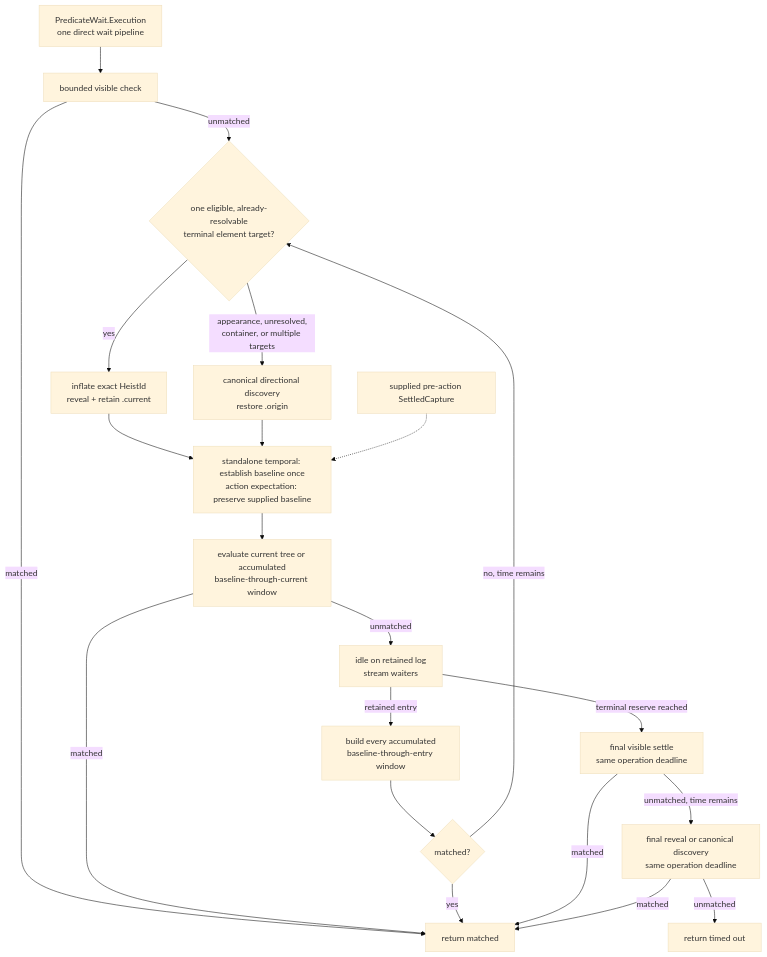
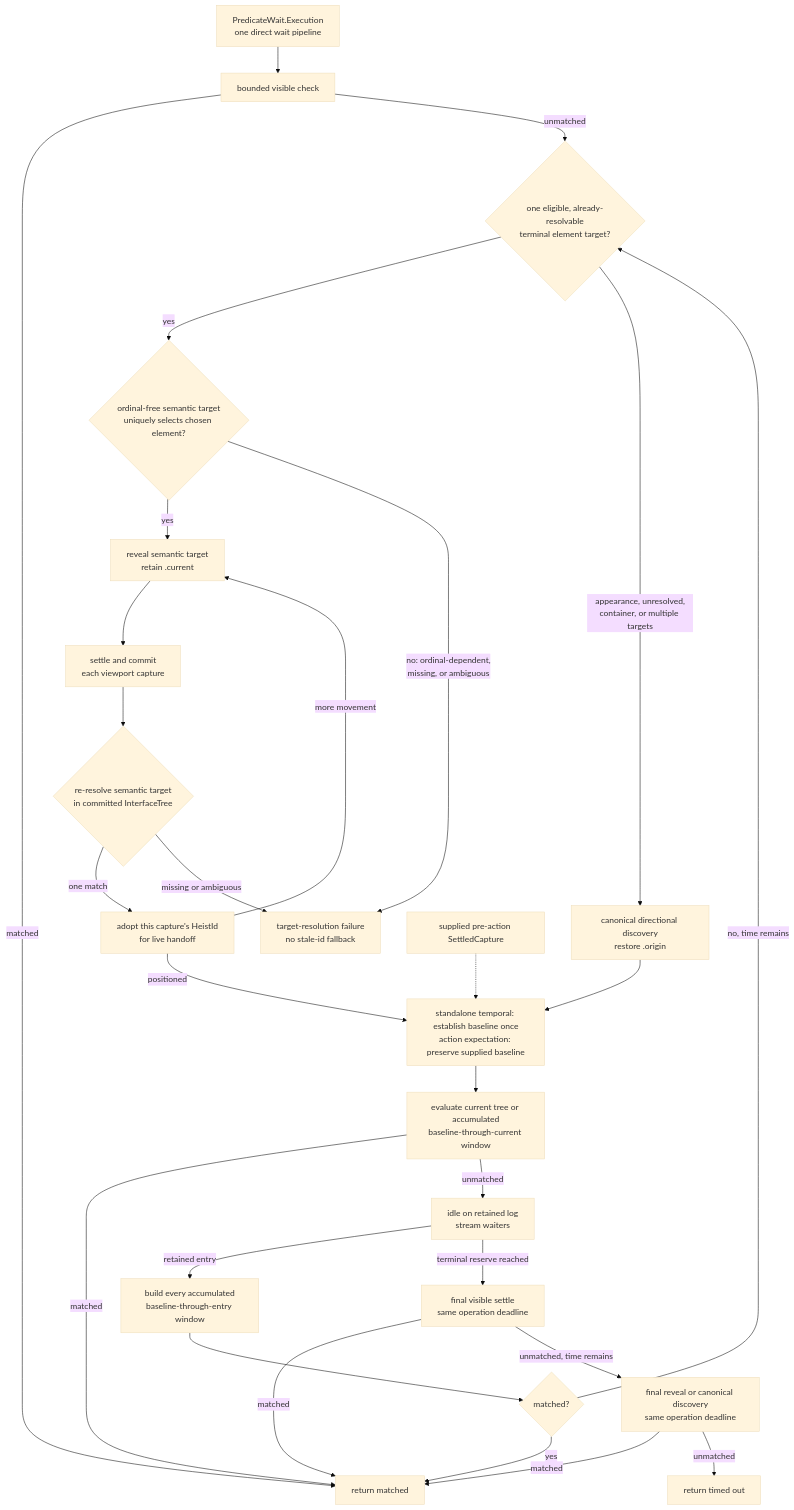
One commit to RoyalPineapple/TheButtonHeist changed the fourth of 5 diagrams in docs/diagrams/observation-pipeline.md. Above: the diagram before and after it, drawn with Mermaid (base theme). The commit also changed other lines of this file and 58 other files, not shown here.

First line of the commit message:
Complete the #1373 architecture audit follow-ups (#1375)

````diff
--- a/docs/diagrams/observation-pipeline.md
+++ b/docs/diagrams/observation-pipeline.md
@@ -181,23 +189,31 @@
 ```mermaid
 flowchart TD
     Start["PredicateWait.Execution<br/>one direct wait pipeline"] --> Visible["bounded visible check"]
     Visible -->|matched| Match["return matched"]
     Visible -->|unmatched| Route{"one eligible, already-resolvable<br/>terminal element target?"}
-    Route -->|yes| Reveal["inflate exact HeistId<br/>reveal + retain .current"]
+    Route -->|yes| Admit{"ordinal-free semantic target<br/>uniquely selects chosen element?"}
+    Admit -->|yes| Reveal["reveal semantic target<br/>retain .current"]
+    Admit -->|no: ordinal-dependent,<br/>missing, or ambiguous| TargetFailure["target-resolution failure<br/>no stale-id fallback"]
+    Reveal --> RevealCommit["settle and commit<br/>each viewport capture"]
+    RevealCommit --> ResolveCurrent{"re-resolve semantic target<br/>in committed InterfaceTree"}
+    ResolveCurrent -->|one match| CurrentHandoff["adopt this capture's HeistId<br/>for live handoff"]
+    ResolveCurrent -->|missing or ambiguous| TargetFailure
+    CurrentHandoff -->|more movement| Reveal
+    CurrentHandoff -->|positioned| Prepare
     Route -->|appearance, unresolved,<br/>container, or multiple targets| Discovery["canonical directional discovery<br/>restore .origin"]
-    Reveal --> Prepare["standalone temporal: establish baseline once<br/>action expectation: preserve supplied baseline"]
+    Prepare["standalone temporal: establish baseline once<br/>action expectation: preserve supplied baseline"]
     Discovery --> Prepare
     ActionBaseline["supplied pre-action SettledCapture"] -.-> Prepare
     Prepare --> Evaluate["evaluate current tree or accumulated<br/>baseline-through-current window"]
     Evaluate -->|matched| Match
     Evaluate -->|unmatched| Idle["idle on retained log<br/>stream waiters"]
     Idle -->|retained entry| Window["build every accumulated<br/>baseline-through-entry window"]
     Window --> EntryEvaluation{"matched?"}
     EntryEvaluation -->|yes| Match
     EntryEvaluation -->|no, time remains| Route
     Idle -->|terminal reserve reached| FinalVisible["final visible settle<br/>same operation deadline"]
     FinalVisible -->|matched| Match
     FinalVisible -->|unmatched, time remains| FinalSearch["final reveal or canonical discovery<br/>same operation deadline"]
     FinalSearch -->|matched| Match
     FinalSearch -->|unmatched| Timeout["return timed out"]
 ```
````
